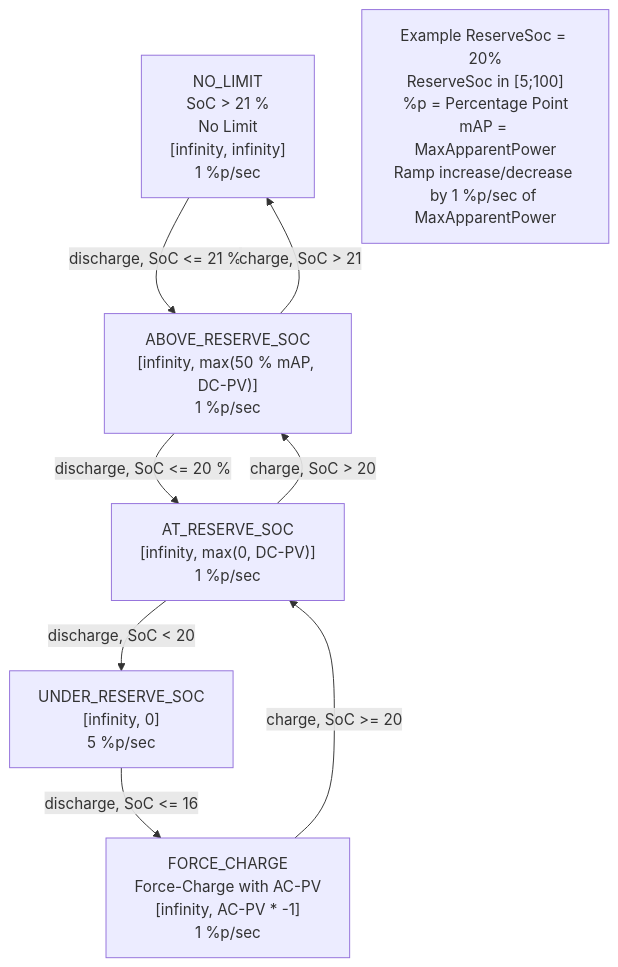
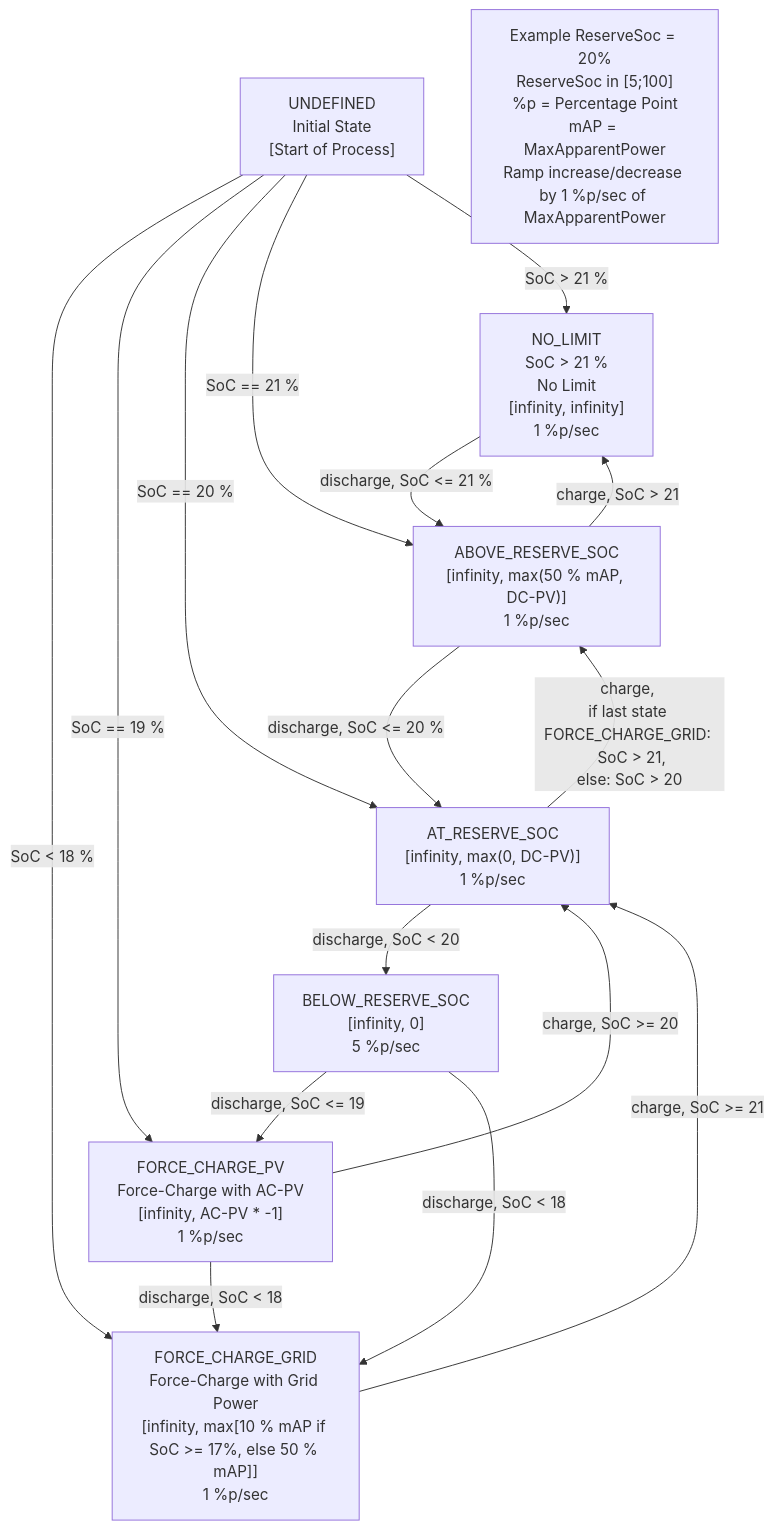
The diagram in io.openems.edge.controller.ess.emergencycapacityreserve/doc/statemachine.md (OpenEMS/openems), drawn with Mermaid before and after one commit. The commit also changed 16 other files, not shown here.

First line of the commit message:
Controller.Ess.EmergencyCapacityReserve: recharge from grid

````diff
--- a/io.openems.edge.controller.ess.emergencycapacityreserve/doc/statemachine.md
+++ b/io.openems.edge.controller.ess.emergencycapacityreserve/doc/statemachine.md
@@ -3,18 +3,20 @@
 ```mermaid
 graph TD
-NO_LIMIT["NO_LIMIT<br>SoC > 21 %<br>No Limit<br>[infinity, infinity]<br>1 %p/sec"] -->|discharge, SoC <= 21 %| ABOVE_RESERVE_SOC["ABOVE_RESERVE_SOC<br>[infinity, max(50 % mAP, DC-PV)]<br>1 %p/sec"]
+NO_LIMIT -->|discharge, SoC <= 21 %| ABOVE_RESERVE_SOC
+ABOVE_RESERVE_SOC -->|discharge, SoC <= 20 %| AT_RESERVE_SOC
+ABOVE_RESERVE_SOC -->|charge, SoC > 21| NO_LIMIT
+AT_RESERVE_SOC -->|discharge, SoC < 20| BELOW_RESERVE_SOC["BELOW_RESERVE_SOC<br>[infinity, 0]<br>5 %p/sec"]
+AT_RESERVE_SOC -->|charge, <br>if last state FORCE_CHARGE_GRID: <br> SoC > 21,<br>else: SoC > 20| ABOVE_RESERVE_SOC
+BELOW_RESERVE_SOC -->|discharge, SoC <= 19| FORCE_CHARGE_PV
+BELOW_RESERVE_SOC -->|discharge, SoC < 18| FORCE_CHARGE_GRID
+FORCE_CHARGE_PV -->|charge, SoC >= 20| AT_RESERVE_SOC
+FORCE_CHARGE_PV --> |discharge, SoC < 18| FORCE_CHARGE_GRID
+FORCE_CHARGE_GRID -->|charge, SoC >= 21| AT_RESERVE_SOC
+UNDEFINED["UNDEFINED<br>Initial State<br>[Start of Process]"]  -->|SoC < 18 %| FORCE_CHARGE_GRID["FORCE_CHARGE_GRID<br>Force-Charge with Grid Power<br>[infinity, max[10 % mAP if SoC >= 17%, else 50 % mAP]]<br>1 %p/sec"]
+UNDEFINED -->|SoC == 19 %| FORCE_CHARGE_PV["FORCE_CHARGE_PV<br>Force-Charge with AC-PV<br>[infinity, AC-PV * -1]<br>1 %p/sec"]
+UNDEFINED -->|SoC == 20 %| AT_RESERVE_SOC["AT_RESERVE_SOC<br>[infinity, max(0, DC-PV)]<br>1 %p/sec"]
+UNDEFINED -->|SoC == 21 %| ABOVE_RESERVE_SOC["ABOVE_RESERVE_SOC<br>[infinity, max(50 % mAP, DC-PV)]<br>1 %p/sec"]
+UNDEFINED -->|SoC > 21 %| NO_LIMIT["NO_LIMIT<br>SoC > 21 %<br>No Limit<br>[infinity, infinity]<br>1 %p/sec"]
+DESCRIPTION["Example ReserveSoc = 20%<br>ReserveSoc in [5;100]<br>%p = Percentage Point<br>mAP = MaxApparentPower<br>Ramp increase/decrease by 1 %p/sec of MaxApparentPower"]
 
-ABOVE_RESERVE_SOC -->|discharge, SoC <= 20 %| AT_RESERVE_SOC["AT_RESERVE_SOC<br>[infinity, max(0, DC-PV)]<br>1 %p/sec"]
-
-AT_RESERVE_SOC -->|discharge, SoC < 20| UNDER_RESERVE_SOC["UNDER_RESERVE_SOC<br>[infinity, 0]<br>5 %p/sec"]
-
-UNDER_RESERVE_SOC -->|discharge, SoC <= 16| FORCE_CHARGE["FORCE_CHARGE<br>Force-Charge with AC-PV<br>[infinity, AC-PV * -1]<br>1 %p/sec"]
-
-FORCE_CHARGE -->|charge, SoC >= 20| AT_RESERVE_SOC
-
-AT_RESERVE_SOC -->|charge, SoC > 20| ABOVE_RESERVE_SOC
-
-ABOVE_RESERVE_SOC -->|charge, SoC > 21| NO_LIMIT
-
-DESCRIPTION["Example ReserveSoc = 20%<br>ReserveSoc in [5;100]<br>%p = Percentage Point<br>mAP = MaxApparentPower<br>Ramp increase/decrease by 1 %p/sec of MaxApparentPower"]
 ```
````
